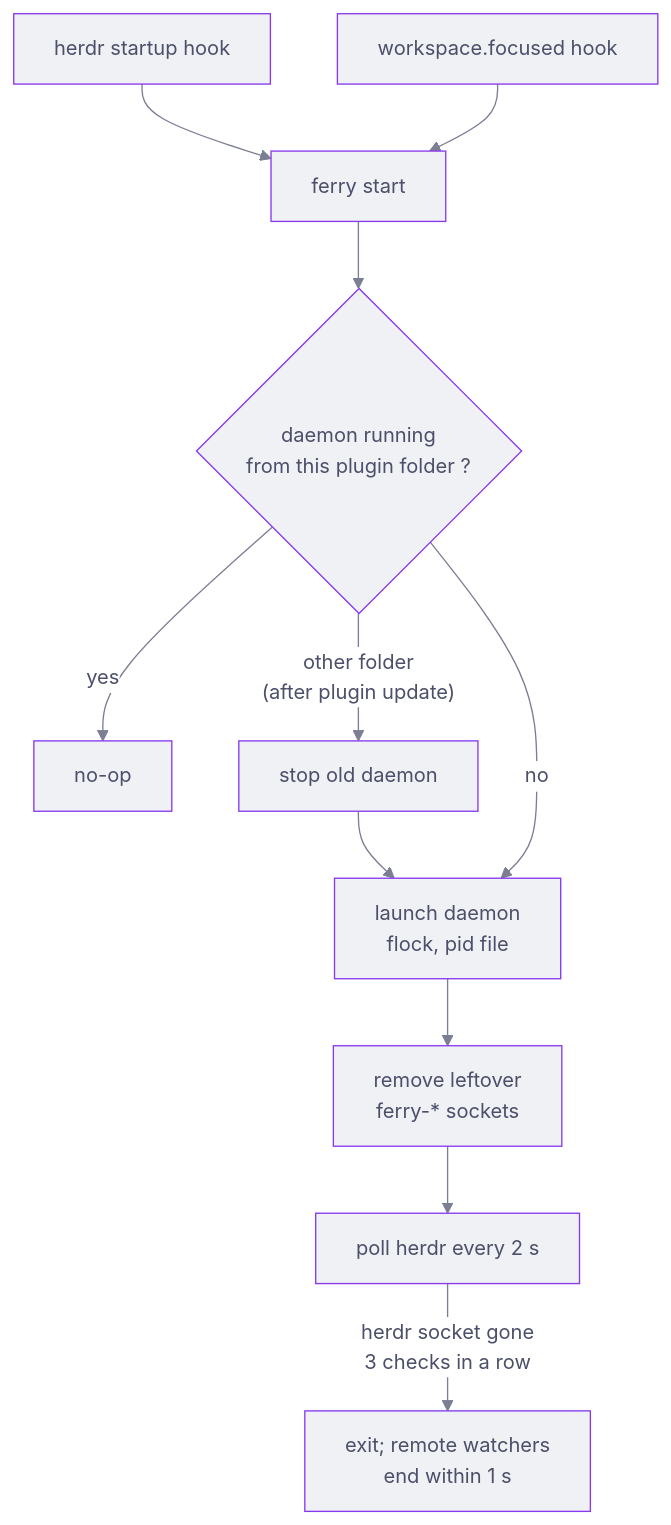
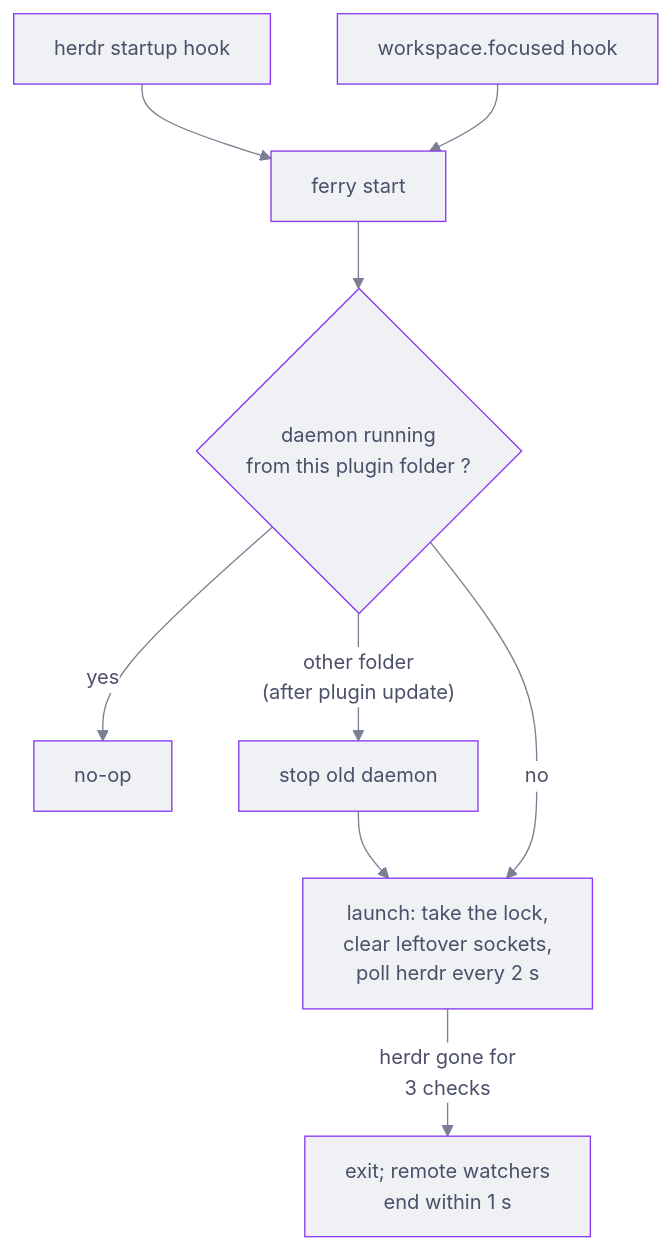
Before and after one commit to kujjwal02/bifrost: the fifth of 6 diagrams in docs/architecture.md, drawn with Mermaid. The commit also changed other lines of this file, not shown here.

Commit message:
docs: shorter lifecycle and security diagrams

````diff
--- a/docs/architecture.md
+++ b/docs/architecture.md
@@ -159,12 +159,11 @@
 ```mermaid
 %%{init: {"theme": "base", "themeVariables": {"fontFamily": "ui-sans-serif, system-ui, sans-serif", "fontSize": "15px", "primaryColor": "#eff1f5", "primaryBorderColor": "#8839ef", "primaryTextColor": "#4c4f69", "lineColor": "#7c7f93", "secondaryColor": "#e6e9ef", "tertiaryColor": "#f5f5fa", "edgeLabelBackground": "#ffffff", "actorBkg": "#eff1f5", "actorBorder": "#8839ef", "actorTextColor": "#4c4f69", "signalColor": "#5c5f77", "signalTextColor": "#4c4f69", "sequenceNumberColor": "#ffffff", "labelBoxBkgColor": "#eff1f5"}}}%%
 flowchart TD
   startup["herdr startup hook"] --> start["ferry start"]
   focus["workspace.focused hook"] --> start
   start --> running{"daemon running<br/>from this plugin folder ?"}
   running -- yes --> done["no-op"]
   running -- "other folder<br/>(after plugin update)" --> stop["stop old daemon"] --> launch
-  running -- no --> launch["launch daemon<br/>flock, pid file"]
-  launch --> clean["remove leftover<br/>ferry-* sockets"] --> loop["poll herdr every 2 s"]
-  loop -- "herdr socket gone<br/>3 checks in a row" --> exit["exit; remote watchers<br/>end within 1 s"]
+  running -- no --> launch["launch: take the lock,<br/>clear leftover sockets,<br/>poll herdr every 2 s"]
+  launch -- "herdr gone for<br/>3 checks" --> exit["exit; remote watchers<br/>end within 1 s"]
 ```
````
